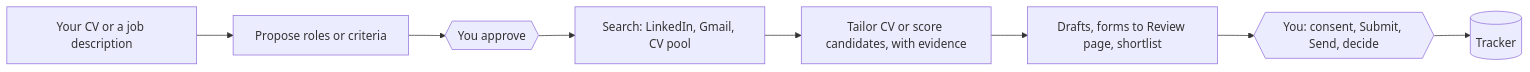
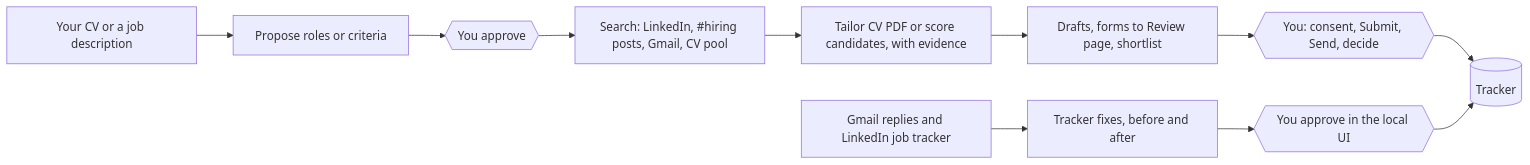
The diagram in README.md (Kurusatsu/hirepair), drawn with Mermaid before and after one commit. The commit also changed other lines of this file and 7 other files, not shown here.

````diff
--- a/README.md
+++ b/README.md
@@ -94,10 +126,13 @@
 ```mermaid
 flowchart LR
   A[Your CV or a job description] --> B[Propose roles or criteria]
   B --> C{{You approve}}
-  C --> D[Search: LinkedIn, Gmail, CV pool]
-  D --> E[Tailor CV or score candidates, with evidence]
+  C --> D[Search: LinkedIn, #hiring posts, Gmail, CV pool]
+  D --> E[Tailor CV PDF or score candidates, with evidence]
   E --> F[Drafts, forms to Review page, shortlist]
   F --> G{{You: consent, Submit, Send, decide}}
   G --> H[(Tracker)]
+  I[Gmail replies and LinkedIn job tracker] --> J[Tracker fixes, before and after]
+  J --> K{{You approve in the local UI}}
+  K --> H
 ```
````
